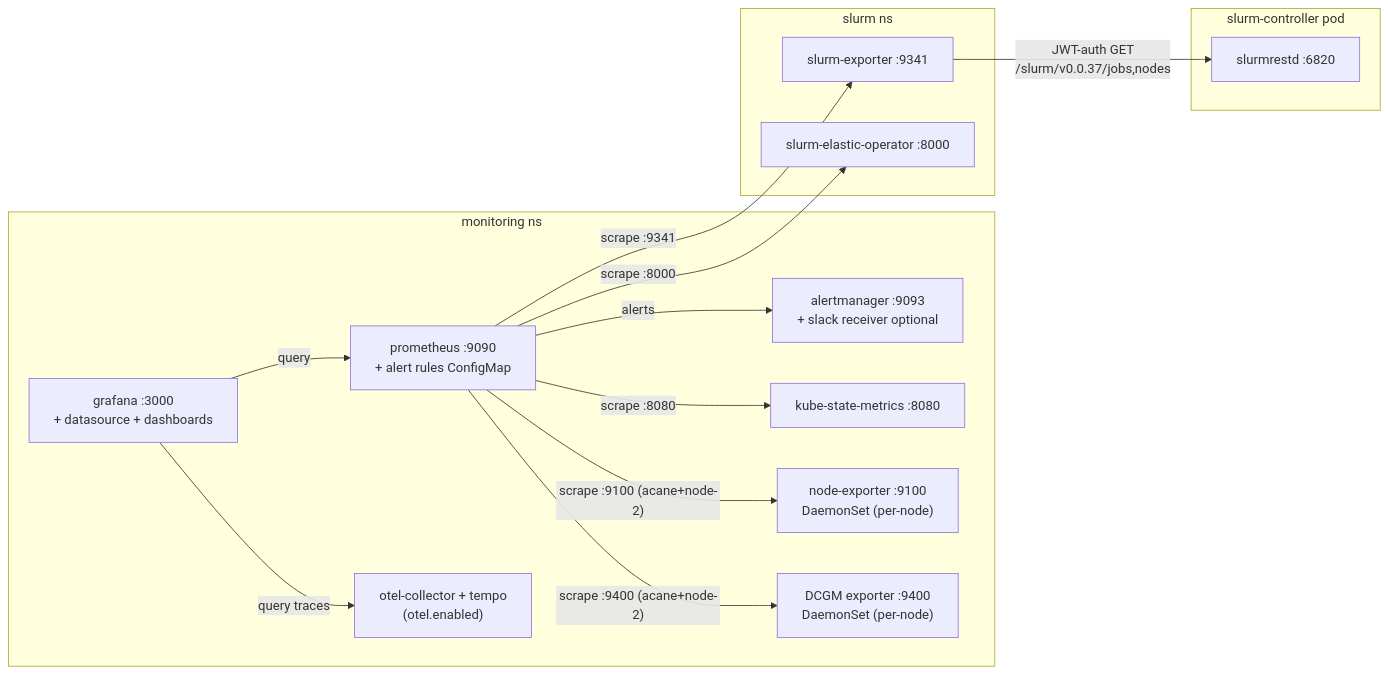
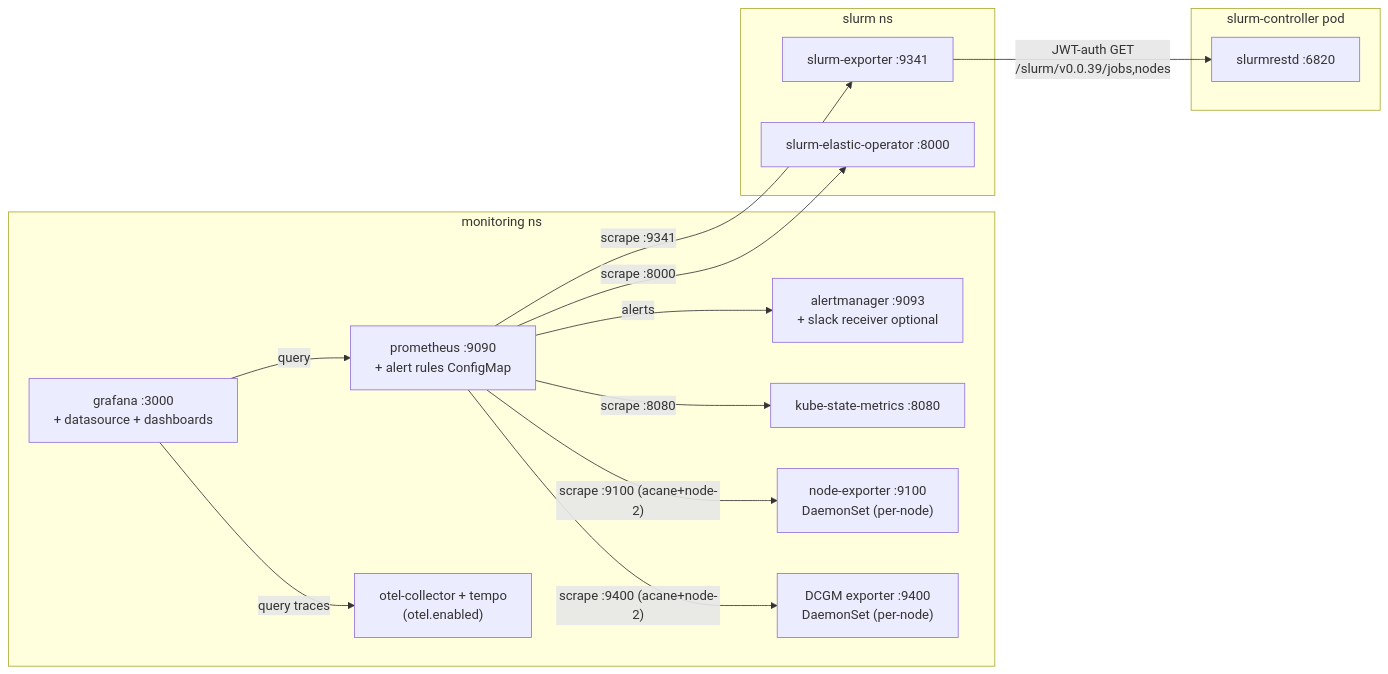
Before and after one commit to SoWiEee/Kelpflux: the fourth of 5 diagrams in docs/cluster.md, drawn with Mermaid. The commit also changed other lines of this file and 43 other files, not shown here.

````diff
--- a/docs/cluster.md
+++ b/docs/cluster.md
@@ -679,33 +680,33 @@
 ```mermaid
 flowchart LR
     subgraph M["monitoring ns"]
         PROM["prometheus :9090<br/>+ alert rules ConfigMap"]
         AM["alertmanager :9093<br/>+ slack receiver optional"]
         GRAF["grafana :3000<br/>+ datasource + dashboards"]
         KSM["kube-state-metrics :8080"]
         NEXP["node-exporter :9100<br/>DaemonSet (per-node)"]
         DCGM["DCGM exporter :9400<br/>DaemonSet (per-node)"]
         OTEL["otel-collector + tempo<br/>(otel.enabled)"]
     end
 
     subgraph S["slurm ns"]
         EXP["slurm-exporter :9341"]
         OP["slurm-elastic-operator :8000"]
     end
 
     subgraph CTL["slurm-controller pod"]
         REST["slurmrestd :6820"]
     end
 
-    EXP -- "JWT-auth GET<br/>/slurm/v0.0.37/jobs,nodes" --> REST
+    EXP -- "JWT-auth GET<br/>/slurm/v0.0.39/jobs,nodes" --> REST
 
     PROM -- "scrape :9341" --> EXP
     PROM -- "scrape :8000" --> OP
     PROM -- "scrape :8080" --> KSM
     PROM -- "scrape :9100 (acane+node-2)" --> NEXP
     PROM -- "scrape :9400 (acane+node-2)" --> DCGM
 
     PROM -- "alerts" --> AM
     GRAF -- "query" --> PROM
     GRAF -- "query traces" --> OTEL
 ```
````
